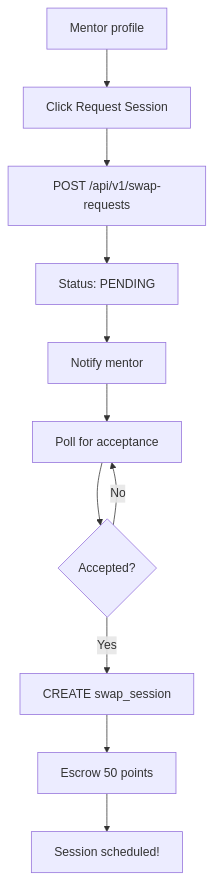
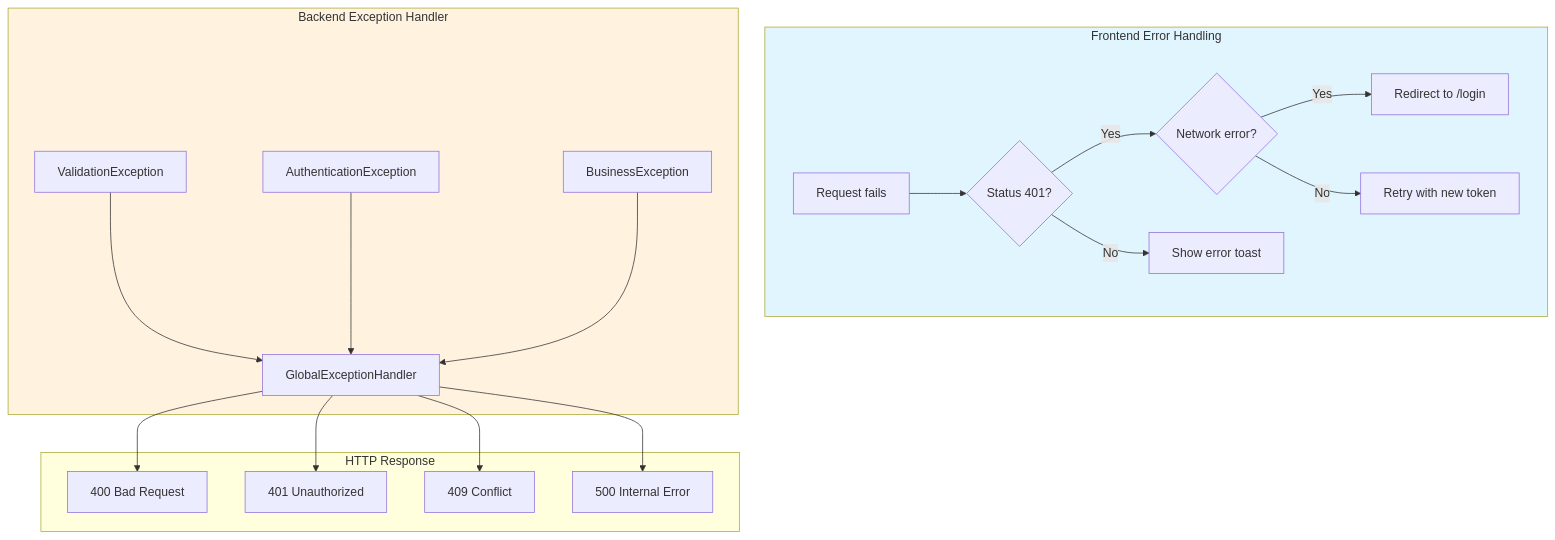
One commit to loucasty-cell/UIT-Java-Final-Project changed diagram 19 of 20 in DEMO.md. Above: the diagram before and after it, drawn with Mermaid. The commit also changed other lines of this file and 2 other files, not shown here.

Commit message:
docs: enhance DEMO.md with comprehensive workflow diagrams and user journeys

````diff
--- a/DEMO.md
+++ b/DEMO.md
@@ -212,13 +1536,43 @@
 ```mermaid
-flowchart TD
-    A["Mentor profile"] --> B["Click Request Session"]
-    B --> C["POST /api/v1/swap-requests"]
-    C --> D["Status: PENDING"]
-    D --> E["Notify mentor"]
-    E --> F["Poll for acceptance"]
-    F --> G{"Accepted?"}
-    G -->|Yes| H["CREATE swap_session"]
-    H --> I["Escrow 50 points"]
-    I --> J["Session scheduled!"]
-    G -->|No| F
+graph TB
+    subgraph Client["Frontend Error Handling"]
+        ReqError["Request fails"]
+        Check401{"Status 401?"}
+        CheckNet{"Network error?"}
+        ShowToast["Show error toast"]
+        RetryLogic["Retry with new token"]
+        Redirect["Redirect to /login"]
+    end
+    
+    subgraph Backend["Backend Exception Handler"]
+        GlobalExc["GlobalExceptionHandler"]
+        ValidationExc["ValidationException"]
+        AuthExc["AuthenticationException"]
+        BusinessExc["BusinessException"]
+    end
+    
+    subgraph HTTP["HTTP Response"]
+        Status400["400 Bad Request"]
+        Status401["401 Unauthorized"]
+        Status409["409 Conflict"]
+        Status500["500 Internal Error"]
+    end
+    
+    ReqError --> Check401
+    Check401 -->|Yes| CheckNet
+    Check401 -->|No| ShowToast
+    CheckNet -->|Yes| Redirect
+    CheckNet -->|No| RetryLogic
+    
+    ValidationExc --> GlobalExc
+    AuthExc --> GlobalExc
+    BusinessExc --> GlobalExc
+    
+    GlobalExc --> Status400
+    GlobalExc --> Status401
+    GlobalExc --> Status409
+    GlobalExc --> Status500
+    
+    style Client fill:#e1f5ff
+    style Backend fill:#fff3e0
 ```
````
